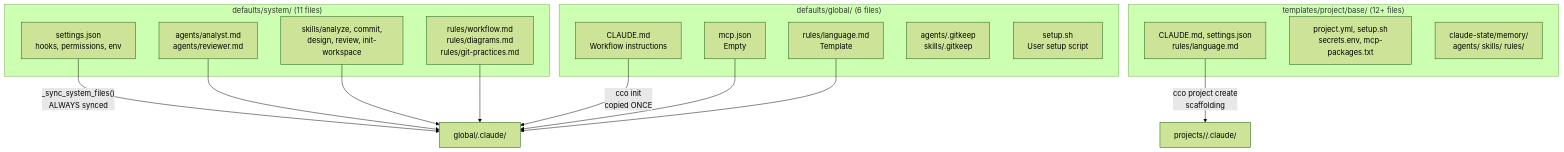
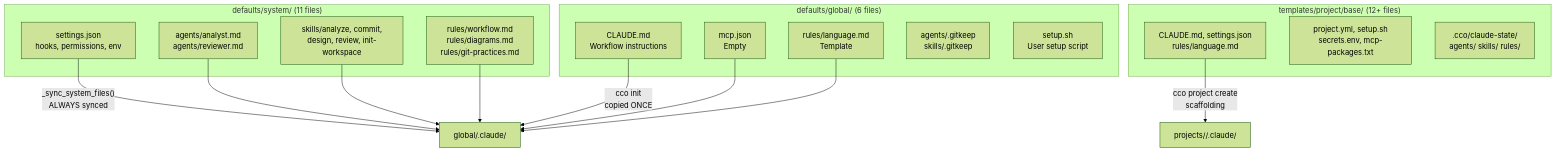
One commit to alergyonthestage/claude-orchestrator changed the first of 2 diagrams in docs/maintainer/configuration/scope-hierarchy/analysis.md. Above: the diagram before and after it, drawn with Mermaid (forest theme). The commit also changed 20 other files, not shown here.

````diff
--- a/docs/maintainer/configuration/scope-hierarchy/analysis.md
+++ b/docs/maintainer/configuration/scope-hierarchy/analysis.md
@@ -192,33 +192,33 @@
 ```mermaid
 graph TB
     subgraph "defaults/system/ (11 files)"
         SS[settings.json<br/>hooks, permissions, env]
         SA[agents/analyst.md<br/>agents/reviewer.md]
         SK[skills/analyze, commit,<br/>design, review, init-workspace]
         SR[rules/workflow.md<br/>rules/diagrams.md<br/>rules/git-practices.md]
     end
 
     subgraph "defaults/global/ (6 files)"
         GC[CLAUDE.md<br/>Workflow instructions]
         GM[mcp.json<br/>Empty]
         GL[rules/language.md<br/>Template]
         GG[agents/.gitkeep<br/>skills/.gitkeep]
         GS[setup.sh<br/>User setup script]
     end
 
     subgraph "templates/project/base/ (12+ files)"
         TC[CLAUDE.md, settings.json<br/>rules/language.md]
         TT[project.yml, setup.sh<br/>secrets.env, mcp-packages.txt]
-        TD[claude-state/memory/<br/>agents/ skills/ rules/]
+        TD[.cco/claude-state/<br/>agents/ skills/ rules/]
     end
 
     SS -->|"_sync_system_files()<br/>ALWAYS synced"| G["global/.claude/"]
     SA --> G
     SK --> G
     SR --> G
     GC -->|"cco init<br/>copied ONCE"| G
     GM --> G
     GL --> G
 
     TC -->|"cco project create<br/>scaffolding"| P["projects/<name>/.claude/"]
 ```
````
